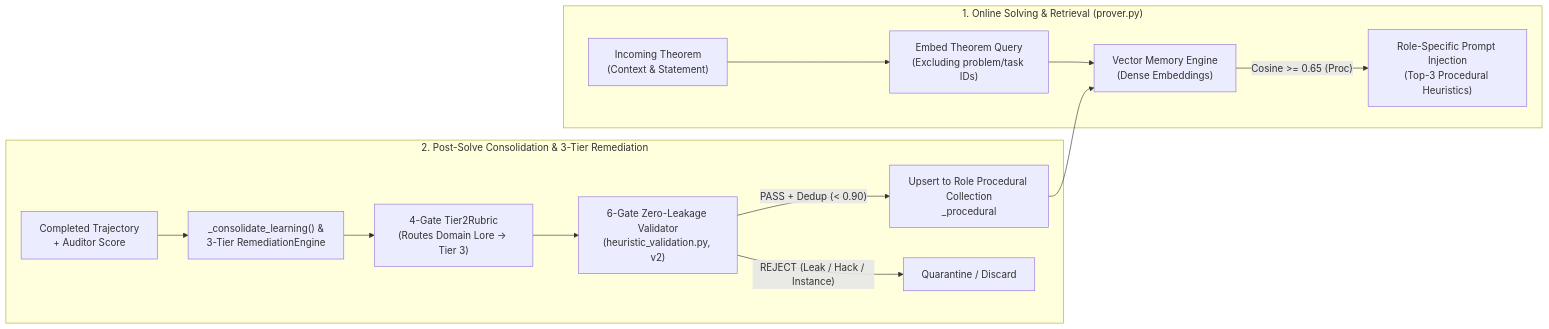
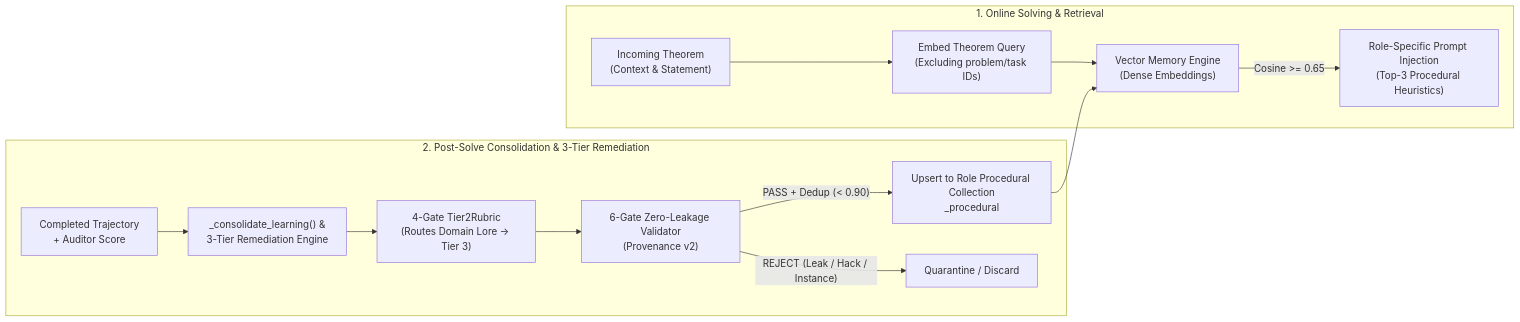
One commit to dionyziuz/proof_harness changed the first of 2 diagrams in docs/articles/arxiv-prime-math-neuro-symbolic-prover-harness.md. Above: the diagram before and after it, drawn with Mermaid. The commit also changed other lines of this file, not shown here.

````diff
--- a/docs/articles/arxiv-prime-math-neuro-symbolic-prover-harness.md
+++ b/docs/articles/arxiv-prime-math-neuro-symbolic-prover-harness.md
@@ -164,17 +163,17 @@
 ```mermaid
 flowchart LR
-    subgraph SolveLoop["1. Online Solving & Retrieval (prover.py)"]
+    subgraph SolveLoop["1. Online Solving & Retrieval"]
         TaskIn["Incoming Theorem\n(Context & Statement)"] --> EmbedQ["Embed Theorem Query\n(Excluding problem/task IDs)"]
         EmbedQ --> TV["Vector Memory Engine\n(Dense Embeddings)"]
-        TV -->|"Cosine >= 0.65 (Proc)"| Inject["Role-Specific Prompt Injection\n(Top-3 Procedural Heuristics)"]
+        TV -->|"Cosine >= 0.65"| Inject["Role-Specific Prompt Injection\n(Top-3 Procedural Heuristics)"]
     end
 
     subgraph LearningLoop["2. Post-Solve Consolidation & 3-Tier Remediation"]
-        Trace["Completed Trajectory\n+ Auditor Score"] --> Consolidate["_consolidate_learning() &\n3-Tier RemediationEngine"]
+        Trace["Completed Trajectory\n+ Auditor Score"] --> Consolidate["_consolidate_learning() &\n3-Tier Remediation Engine"]
         Consolidate --> Rubric["4-Gate Tier2Rubric\n(Routes Domain Lore -> Tier 3)"]
-        Rubric --> Gate6["6-Gate Zero-Leakage Validator\n(heuristic_validation.py, v2)"]
+        Rubric --> Gate6["6-Gate Zero-Leakage Validator\n(Provenance v2)"]
         Gate6 -->|"PASS + Dedup (< 0.90)"| Upsert["Upsert to Role Procedural Collection\n<agent_id>_procedural"]
         Gate6 -->|"REJECT (Leak / Hack / Instance)"| Drop["Quarantine / Discard"]
         Upsert --> TV
     end
 ```
````
